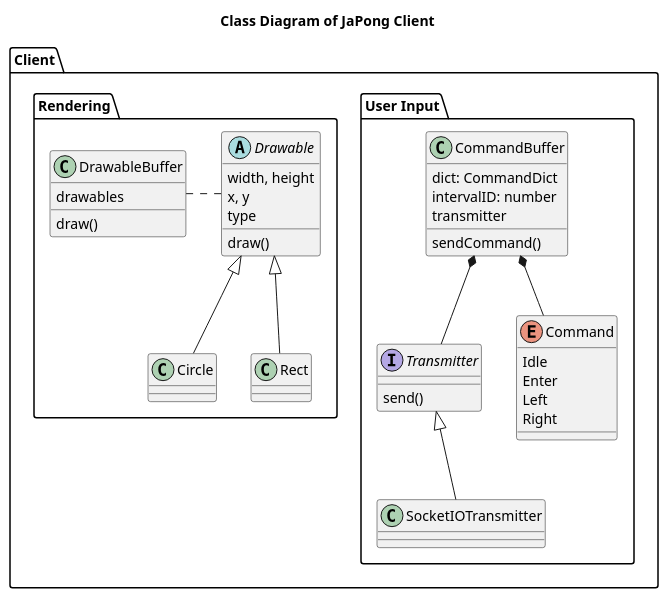
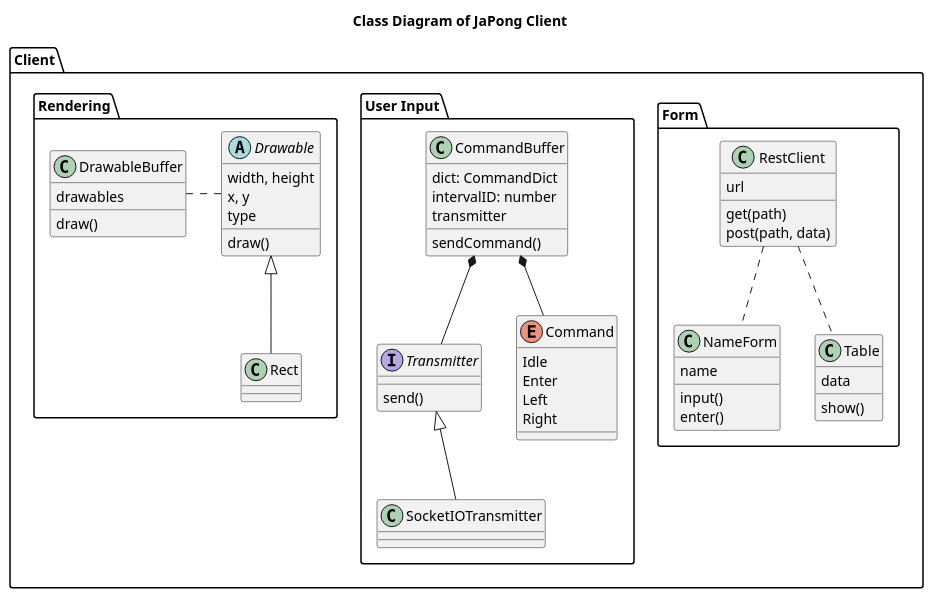
Before and after one commit to uztbt/japong-design: the diagram in uml/classClient.plantuml, drawn with PlantUML. The commit also changed 1 other file, not shown here.

Commit message:
Update class diagrams

```diff
--- a/uml/classClient.plantuml
+++ b/uml/classClient.plantuml
@@ -1,52 +1,71 @@
 @startuml
 
 title "Class Diagram of JaPong Client"
 
 package "Client" {
+    package Form {
+        class RestClient {
+            url
+            get(path)
+            post(path, data)
+        }
+
+        class NameForm {
+            name
+            input()
+            enter()
+        }
+
+        class Table {
+            data
+            show()
+        }
+        RestClient .. NameForm
+        RestClient .. Table
+    }
+
     package "User Input" {
         interface Transmitter {
             send()
         }
 
         class CommandBuffer {
             dict: CommandDict
             intervalID: number
             transmitter
             sendCommand()
         }
 
         class SocketIOTransmitter {
 
         }
 
         CommandBuffer *-- Transmitter
         CommandBuffer *-- Command
         Enum Command {
             Idle
             Enter
             Left
             Right
         }
         Transmitter <|-- SocketIOTransmitter
     }
 
     package Rendering {
         abstract "Drawable" as DrawableClient {
             width, height
             x, y
             type
             draw()
         }
-        class Circle {}
         class Rect {}
-        DrawableClient <|-- Circle
         DrawableClient <|-- Rect
         class DrawableBuffer {
             drawables
             draw()
         }
         DrawableBuffer . DrawableClient
     }
 }
 
 @enduml
```
